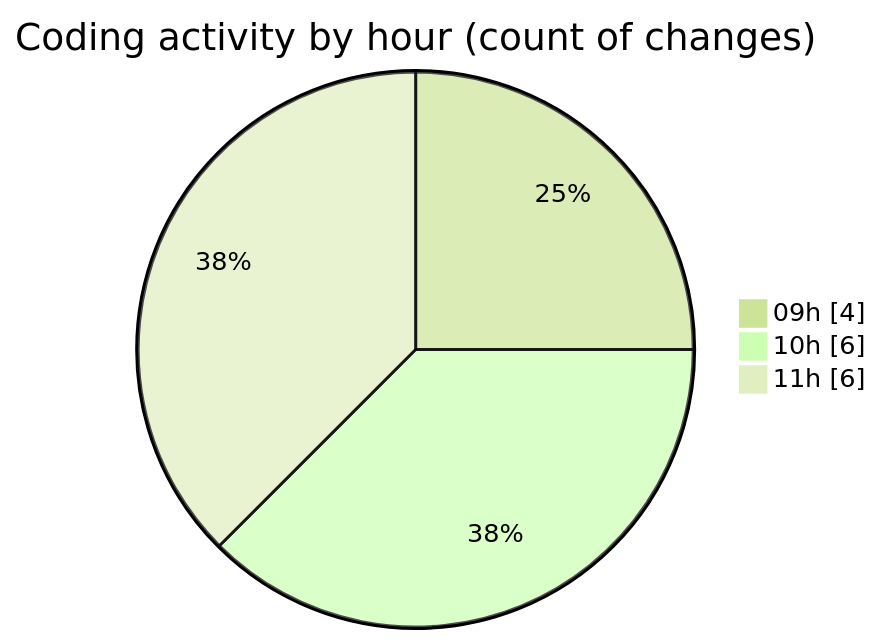
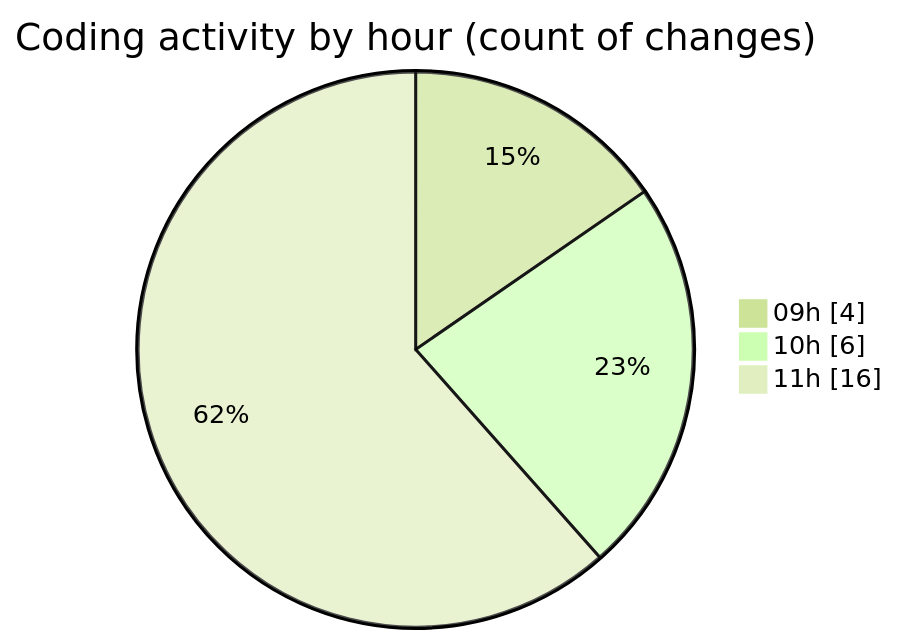
One commit to momahboobian/code-tracking changed the second of 2 diagrams in 2026-02-26/cda/README.md. Above: the diagram before and after it, drawn with Mermaid (forest theme). The commit also changed other lines of this file and 1 other file, not shown here.

````diff
--- a/2026-02-26/cda/README.md
+++ b/2026-02-26/cda/README.md
@@ -40,7 +44,7 @@
 ```mermaid
 pie showData
 title Coding activity by hour (count of changes)
 "09h" : 4
 "10h" : 6
-"11h" : 6
+"11h" : 16
 ```
````
